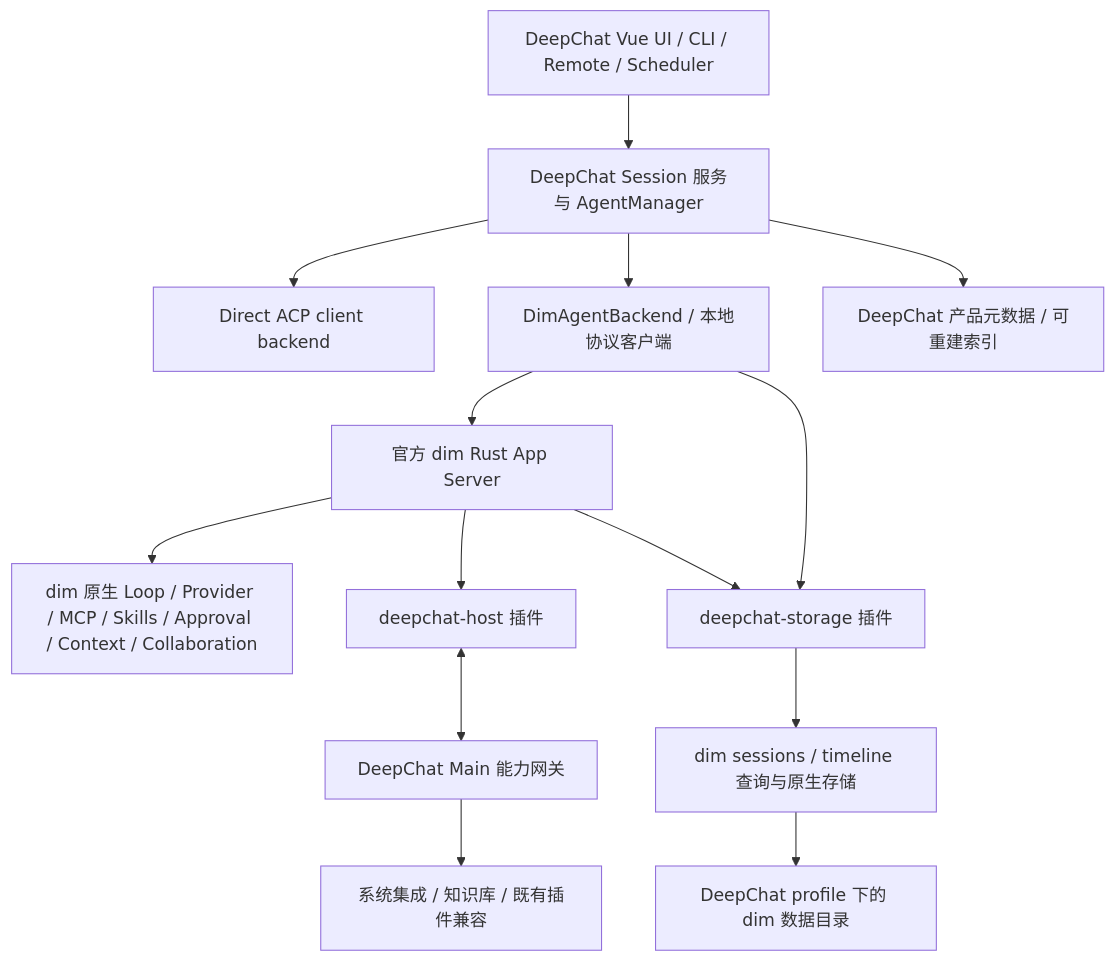
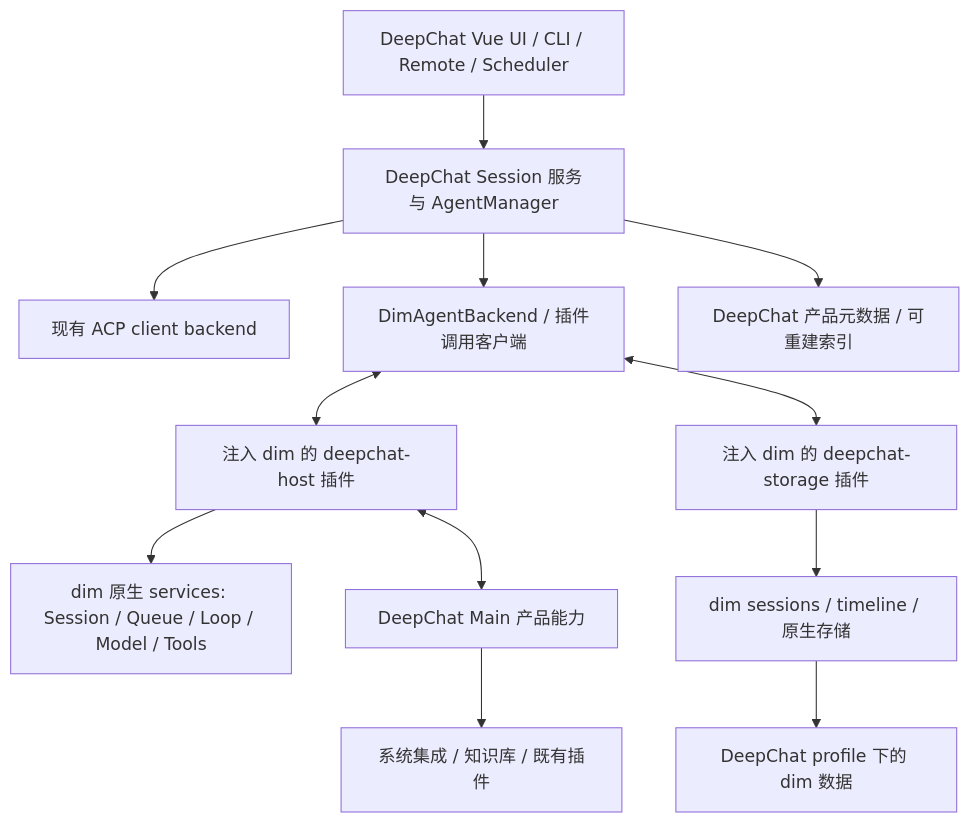
The diagram in docs/architecture/dim-rust-harness-migration/spec.md (ThinkInAIXYZ/deepchat), drawn with Mermaid before and after one commit. The commit also changed other lines of this file and 1 other file, not shown here.

Commit message:
docs(agent): align dim plugin migration scope

````diff
--- a/docs/architecture/dim-rust-harness-migration/spec.md
+++ b/docs/architecture/dim-rust-harness-migration/spec.md
@@ -72,16 +82,14 @@
 ```mermaid
 flowchart TD
   UI[DeepChat Vue UI / CLI / Remote / Scheduler] --> S[DeepChat Session 服务与 AgentManager]
-  S --> A[Direct ACP client backend]
-  S --> D[DimAgentBackend / 本地协议客户端]
-  D --> R[官方 dim Rust App Server]
-  R --> N[dim 原生 Loop / Provider / MCP / Skills / Approval / Context / Collaboration]
-  R --> HP[deepchat-host 插件]
-  HP <--> H[DeepChat Main 能力网关]
-  H --> OS[系统集成 / 知识库 / 既有插件兼容]
-  R --> SP[deepchat-storage 插件]
-  SP --> Q[dim sessions / timeline 查询与原生存储]
-  D --> SP
-  Q --> DB[DeepChat profile 下的 dim 数据目录]
+  S --> A[现有 ACP client backend]
+  S --> D[DimAgentBackend / 插件调用客户端]
+  D <--> HP[注入 dim 的 deepchat-host 插件]
+  HP --> N[dim 原生 services: Session / Queue / Loop / Model / Tools]
+  HP <--> H[DeepChat Main 产品能力]
+  H --> OS[系统集成 / 知识库 / 既有插件]
+  D <--> SP[注入 dim 的 deepchat-storage 插件]
+  SP --> Q[dim sessions / timeline / 原生存储]
+  Q --> DB[DeepChat profile 下的 dim 数据]
   S --> META[DeepChat 产品元数据 / 可重建索引]
 ```
````
